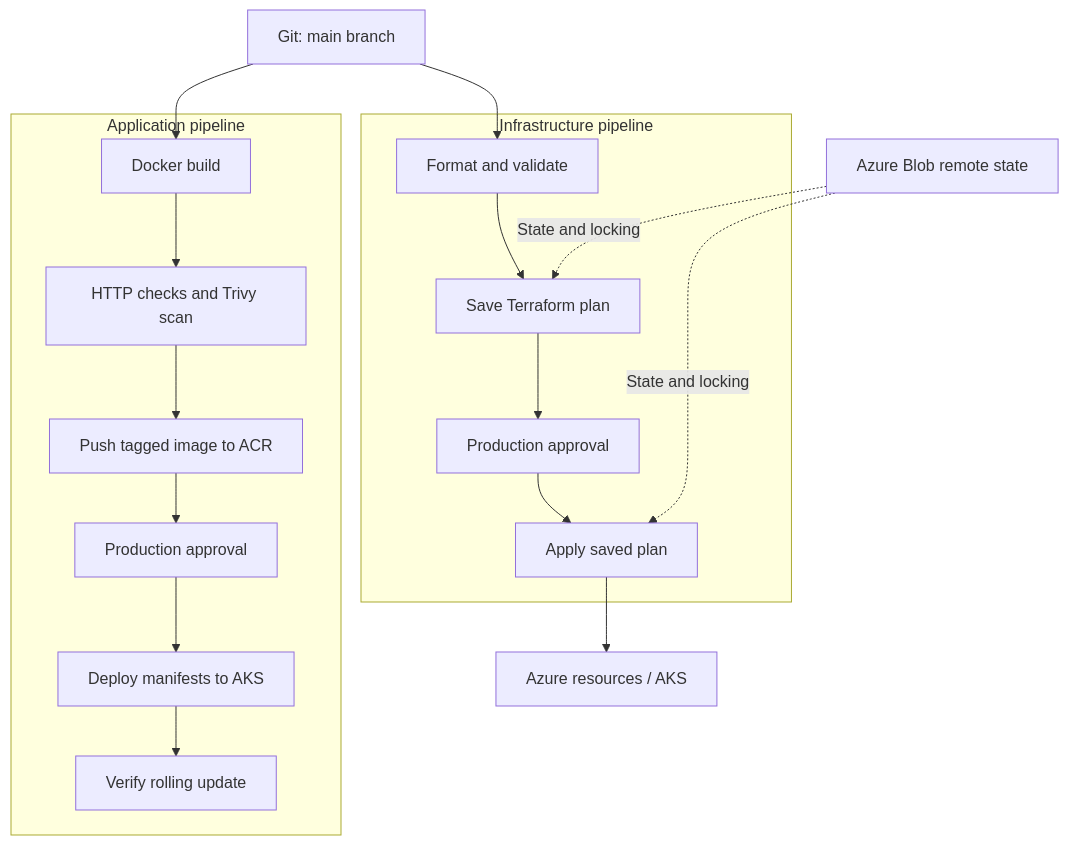
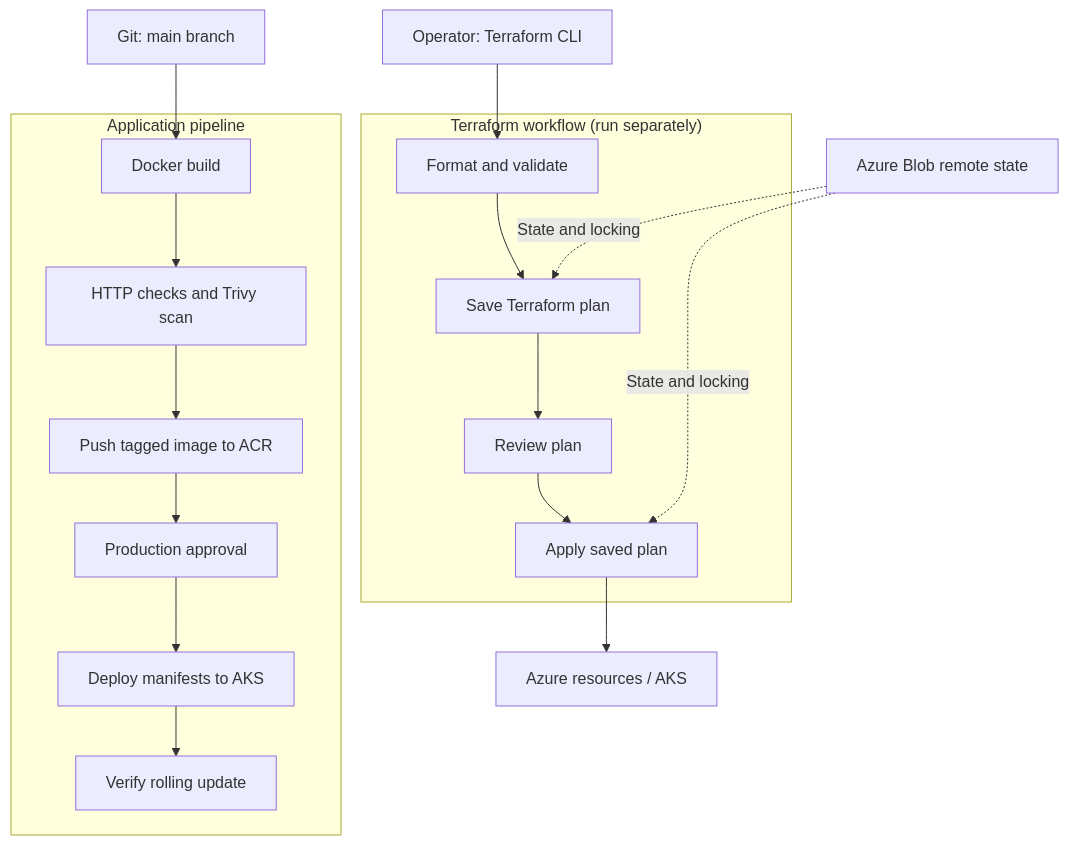
The second of 2 diagrams in README.md (atulkamble/terraform-aks-webapp-deployment), drawn with Mermaid before and after one commit. The commit also changed other lines of this file and 4 other files, not shown here.

````diff
--- a/README.md
+++ b/README.md
@@ -82,20 +82,20 @@
 ```mermaid
 flowchart TB
-    git["Git: main branch"] --> validate
-    git --> build
-    subgraph infra["Infrastructure pipeline"]
+    operator["Operator: Terraform CLI"] --> validate
+    git["Git: main branch"] --> build
+    subgraph infra["Terraform workflow (run separately)"]
         validate["Format and validate"] --> plan["Save Terraform plan"]
-        plan --> infraApproval["Production approval"]
+        plan --> infraApproval["Review plan"]
         infraApproval --> apply["Apply saved plan"]
     end
     state["Azure Blob remote state"] -.->|"State and locking"| plan
     state -.->|"State and locking"| apply
     apply --> resources["Azure resources / AKS"]
     subgraph application["Application pipeline"]
         build["Docker build"] --> checks["HTTP checks and Trivy scan"]
         checks --> push["Push tagged image to ACR"]
         push --> appApproval["Production approval"]
         appApproval --> deploy["Deploy manifests to AKS"]
         deploy --> rollout["Verify rolling update"]
     end
 ```
````
